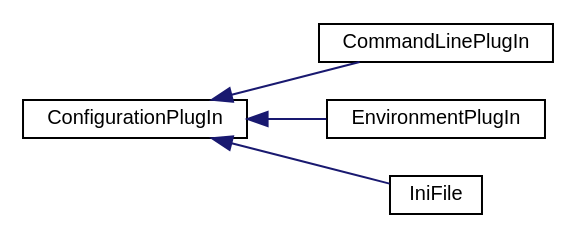
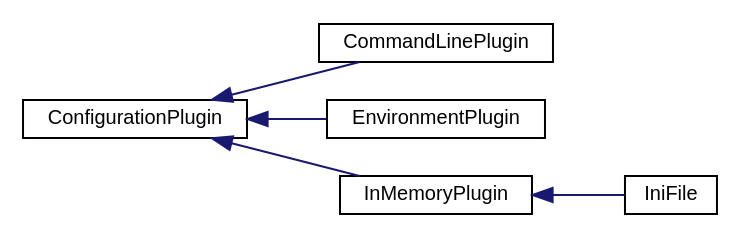
Before and after one commit to AlexWorx/ALox-Logging-Library: the diagram in cpp_ref/inherit_graph_3.dot, drawn with Graphviz. The commit also changed 2703 other files, not shown here.

```diff
--- a/cpp_ref/inherit_graph_3.dot
+++ b/cpp_ref/inherit_graph_3.dot
@@ -1,13 +1,15 @@
 digraph "Graphical Class Hierarchy"
 {
   edge [fontname="Helvetica",fontsize="10",labelfontname="Helvetica",labelfontsize="10"];
   node [fontname="Helvetica",fontsize="10",shape=record];
   rankdir="LR";
-  Node1 [label="ConfigurationPlugIn",height=0.2,width=0.4,color="black", fillcolor="white", style="filled",URL="$classaworx_1_1lib_1_1config_1_1ConfigurationPlugIn.html"];
+  Node1 [label="ConfigurationPlugin",height=0.2,width=0.4,color="black", fillcolor="white", style="filled",URL="$classaworx_1_1lib_1_1config_1_1ConfigurationPlugin.html"];
   Node1 -> Node2 [dir="back",color="midnightblue",fontsize="10",style="solid",fontname="Helvetica"];
-  Node2 [label="CommandLinePlugIn",height=0.2,width=0.4,color="black", fillcolor="white", style="filled",URL="$classaworx_1_1lib_1_1config_1_1CommandLinePlugIn.html"];
+  Node2 [label="CommandLinePlugin",height=0.2,width=0.4,color="black", fillcolor="white", style="filled",URL="$classaworx_1_1lib_1_1config_1_1CommandLinePlugin.html"];
   Node1 -> Node3 [dir="back",color="midnightblue",fontsize="10",style="solid",fontname="Helvetica"];
-  Node3 [label="EnvironmentPlugIn",height=0.2,width=0.4,color="black", fillcolor="white", style="filled",URL="$classaworx_1_1lib_1_1config_1_1EnvironmentPlugIn.html"];
+  Node3 [label="EnvironmentPlugin",height=0.2,width=0.4,color="black", fillcolor="white", style="filled",URL="$classaworx_1_1lib_1_1config_1_1EnvironmentPlugin.html"];
   Node1 -> Node4 [dir="back",color="midnightblue",fontsize="10",style="solid",fontname="Helvetica"];
-  Node4 [label="IniFile",height=0.2,width=0.4,color="black", fillcolor="white", style="filled",URL="$classaworx_1_1lib_1_1config_1_1IniFile.html"];
+  Node4 [label="InMemoryPlugin",height=0.2,width=0.4,color="black", fillcolor="white", style="filled",URL="$classaworx_1_1lib_1_1config_1_1InMemoryPlugin.html"];
+  Node4 -> Node5 [dir="back",color="midnightblue",fontsize="10",style="solid",fontname="Helvetica"];
+  Node5 [label="IniFile",height=0.2,width=0.4,color="black", fillcolor="white", style="filled",URL="$classaworx_1_1lib_1_1config_1_1IniFile.html"];
 }
```
